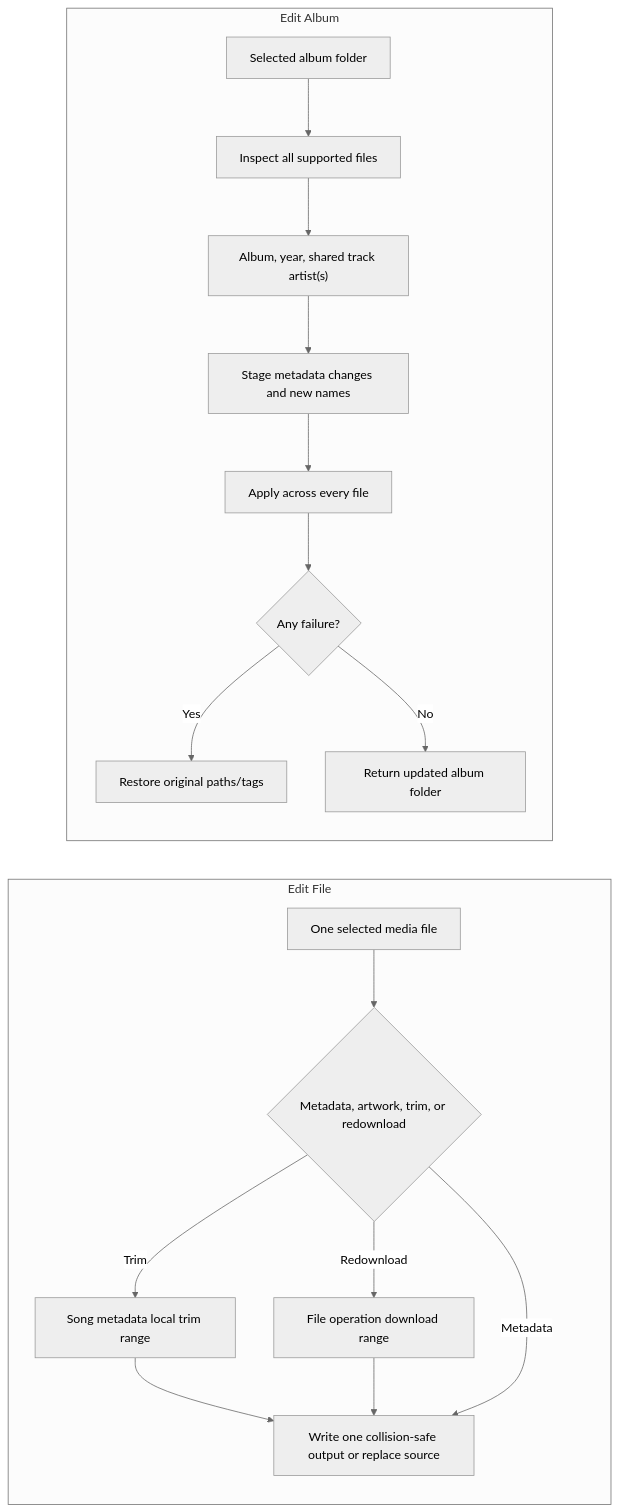
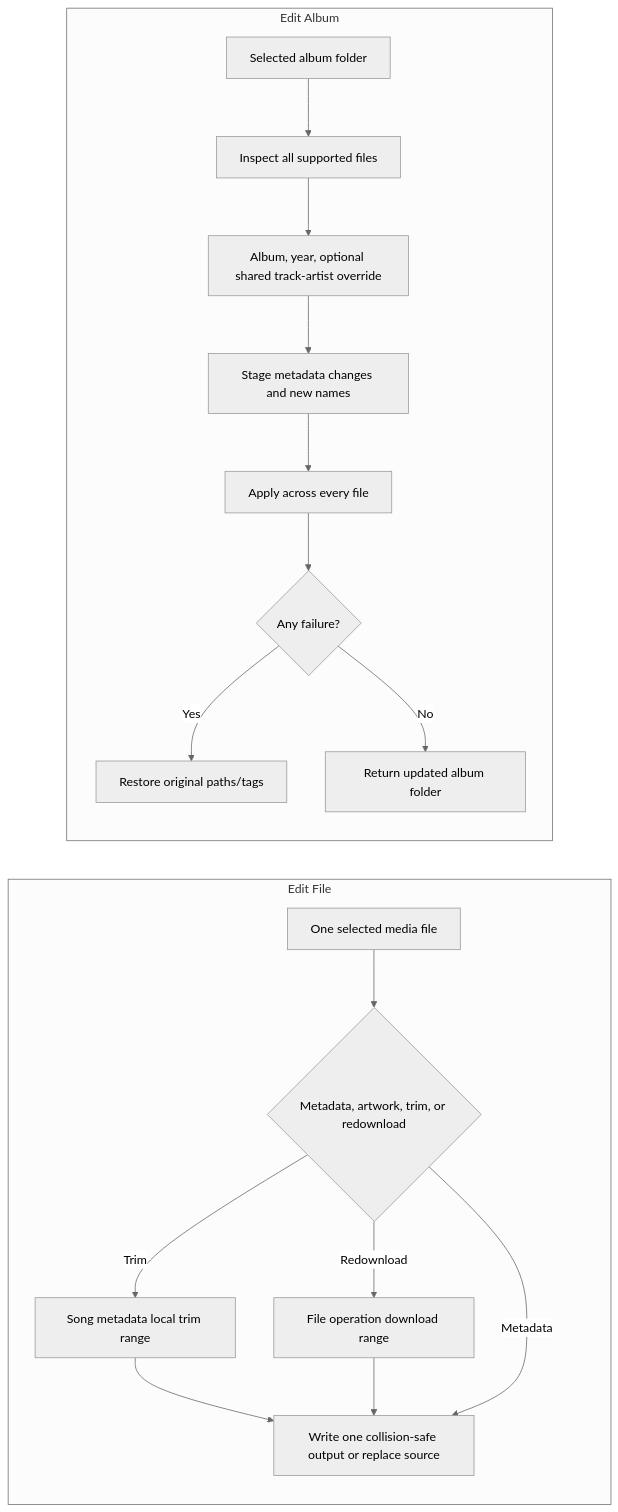
One commit to DhimanGhosh/YouTube_Media_Studio changed the sixth of 12 diagrams in docs/WORKFLOW_DESIGNS.md. Above: the diagram before and after it, drawn with Mermaid (neutral theme). The commit also changed other lines of this file and 5 other files, not shown here.

Commit message:
fix: preserve per-track artists in album editor (#21)

````diff
--- a/docs/WORKFLOW_DESIGNS.md
+++ b/docs/WORKFLOW_DESIGNS.md
@@ -153,21 +153,21 @@
 ```mermaid
 flowchart LR
     subgraph EditFile["Edit File"]
         One["One selected media file"] --> Action{"Metadata, artwork, trim, or redownload"}
         Action -->|Trim| LocalRange["Song metadata local trim range"]
         Action -->|Redownload| DownloadRange["File operation download range"]
         LocalRange --> OneWrite
         DownloadRange --> OneWrite
         Action -->|Metadata| OneWrite["Write one collision-safe output or replace source"]
     end
 
     subgraph EditAlbum["Edit Album"]
         Folder["Selected album folder"] --> Inspect["Inspect all supported files"]
-        Inspect --> Shared["Album, year, shared track artist(s)"]
+        Inspect --> Shared["Album, year, optional shared track-artist override"]
         Shared --> Stage["Stage metadata changes and new names"]
         Stage --> Apply["Apply across every file"]
         Apply --> Rollback{"Any failure?"}
         Rollback -->|Yes| Restore["Restore original paths/tags"]
         Rollback -->|No| Done["Return updated album folder"]
     end
 ```
````
